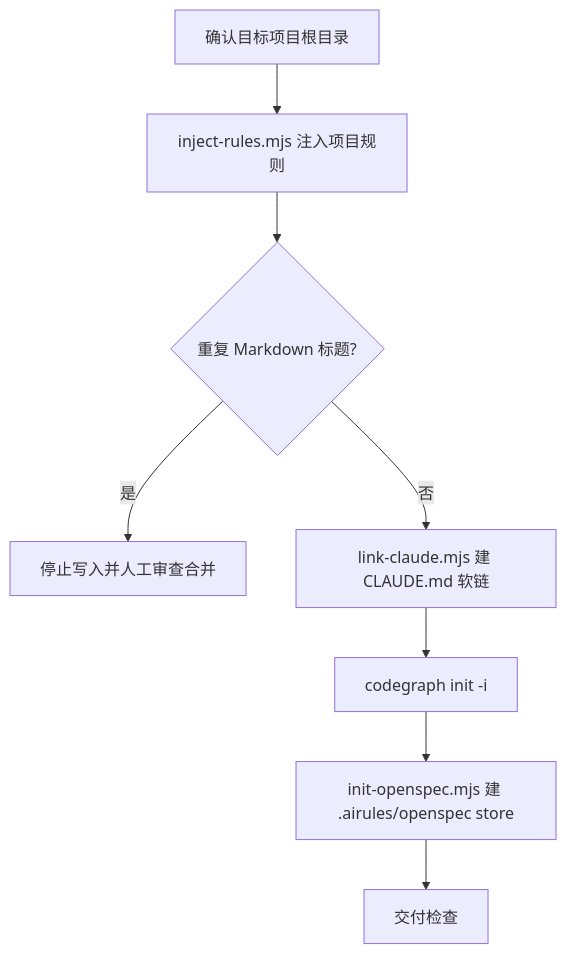
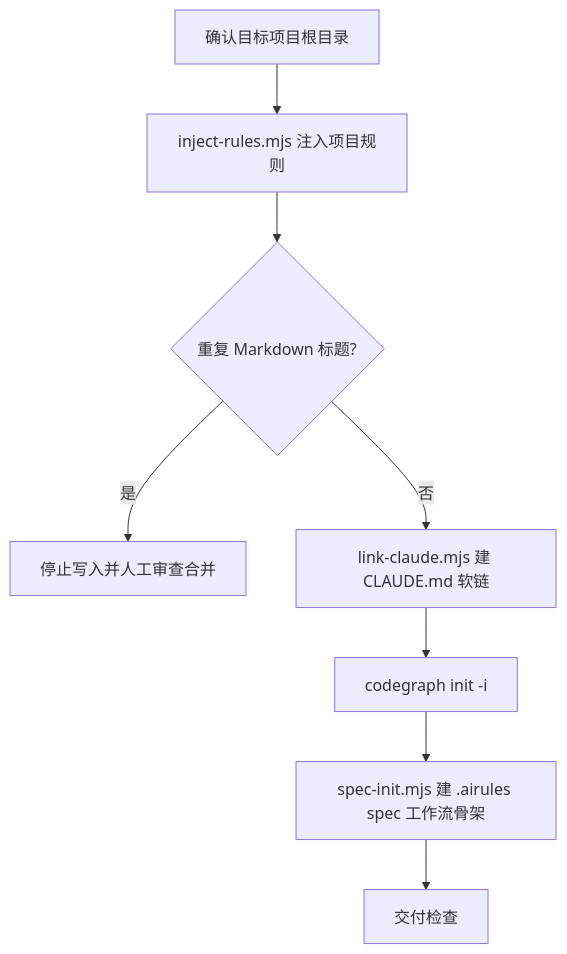
One commit to moluoxixi/AIRules changed the diagram in skills/init-project/SKILL.md. Above: the diagram before and after it, drawn with Mermaid. The commit also changed other lines of this file and 21 other files, not shown here.

````diff
--- a/skills/init-project/SKILL.md
+++ b/skills/init-project/SKILL.md
@@ -28,10 +28,10 @@
 ```mermaid
 flowchart TD
   A[确认目标项目根目录] --> B[inject-rules.mjs 注入项目规则]
   B --> C{重复 Markdown 标题?}
   C -->|是| D[停止写入并人工审查合并]
   C -->|否| E[link-claude.mjs 建 CLAUDE.md 软链]
   E --> F[codegraph init -i]
-  F --> G[init-openspec.mjs 建 .airules/openspec store]
+  F --> G[spec-init.mjs 建 .airules spec 工作流骨架]
   G --> H[交付检查]
 ```
````
